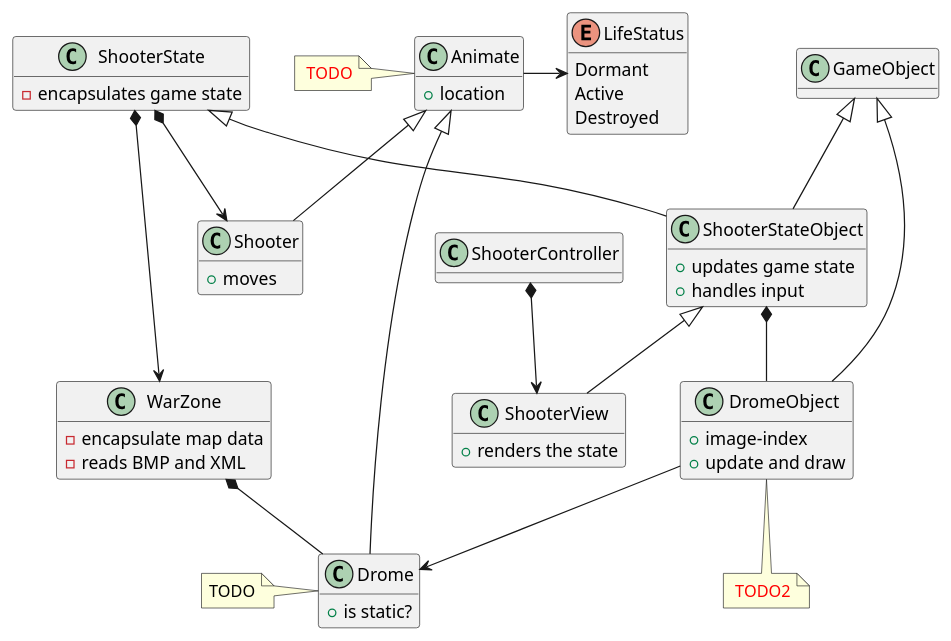
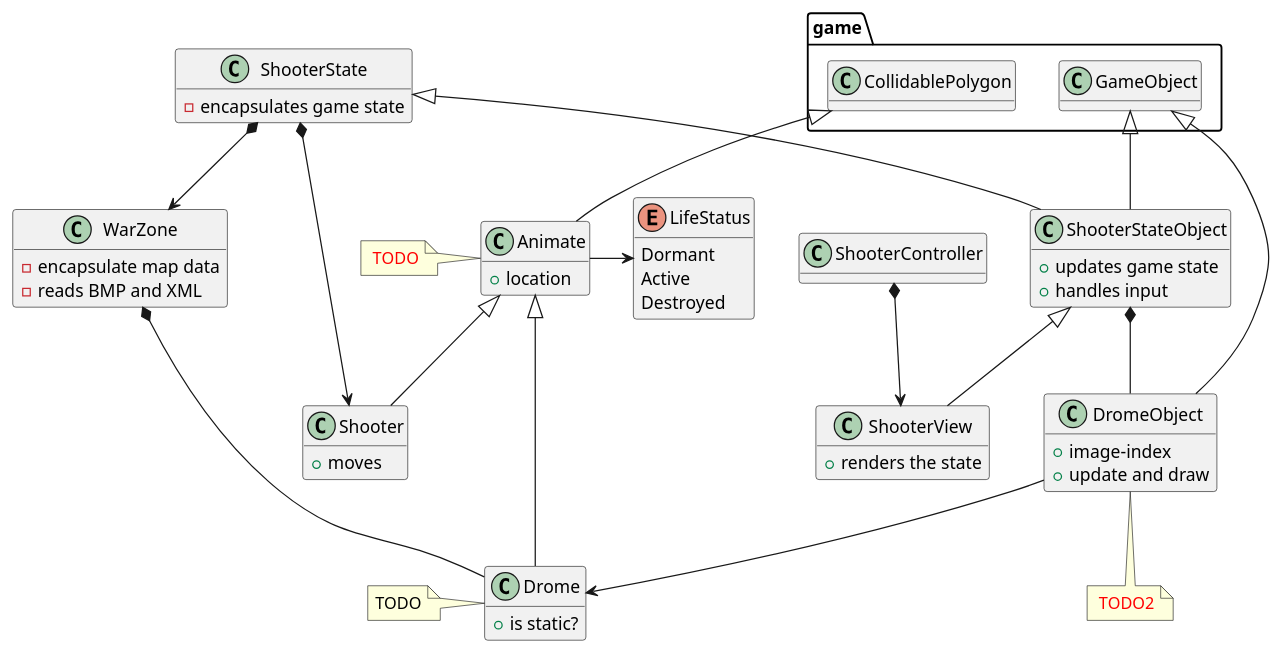
The diagram in shooter/design.md (wduminy/GameEx), drawn with PlantUML before and after one commit. The commit also changed 7 other files, not shown here.

```diff
--- a/shooter/design.md
+++ b/shooter/design.md
@@ -2,67 +2,68 @@
 @startuml
 
 hide methods
 
 enum LifeStatus {
  Dormant
  Active
  Destroyed
 }
 
 class Animate {
 + location
 }
 note left: <color:red> TODO
 Animate -> LifeStatus
+game.CollidablePolygon <|-- Animate
 
 class Drome {
 + is static?
 }
 note left: TODO
 Animate <|-- Drome
 
 Animate <|-- Shooter
 
  
 class DromeObject {
 + image-index
 + update and draw
 } 
 note bottom of DromeObject: <color:red> TODO2
 
 DromeObject --> Drome
-GameObject <|-- DromeObject
+game.GameObject <|-- DromeObject
 
 class Shooter {
 + moves
 }
 
 class ShooterState {
 - encapsulates game state
 }
 ShooterState *--> Shooter
 ShooterState *--> WarZone
 
 class ShooterStateObject {
 + updates game state
 + handles input
 }
-GameObject <|-- ShooterStateObject
+game.GameObject <|-- ShooterStateObject
 ShooterStateObject *-- DromeObject
 ShooterState <|-- ShooterStateObject
 
 class WarZone {
 - encapsulate map data
 - reads BMP and XML
 }
 WarZone *-- Drome
 
 class ShooterView {
 + renders the state
 }
 ShooterStateObject <|-- ShooterView
 
 
 ShooterController *--> ShooterView
 
 @enduml
```
